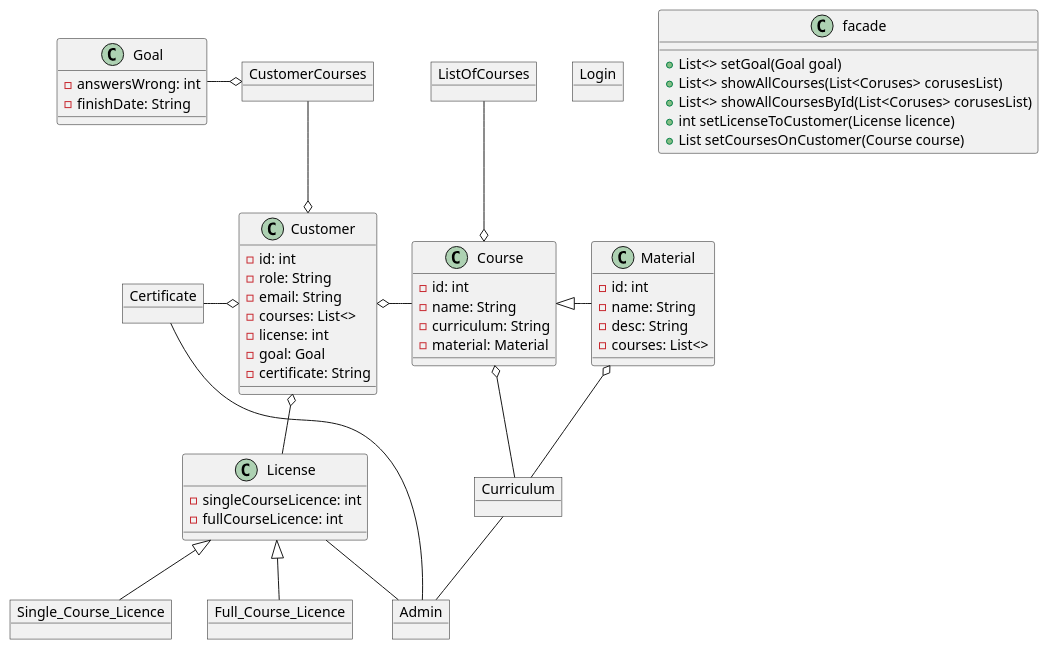
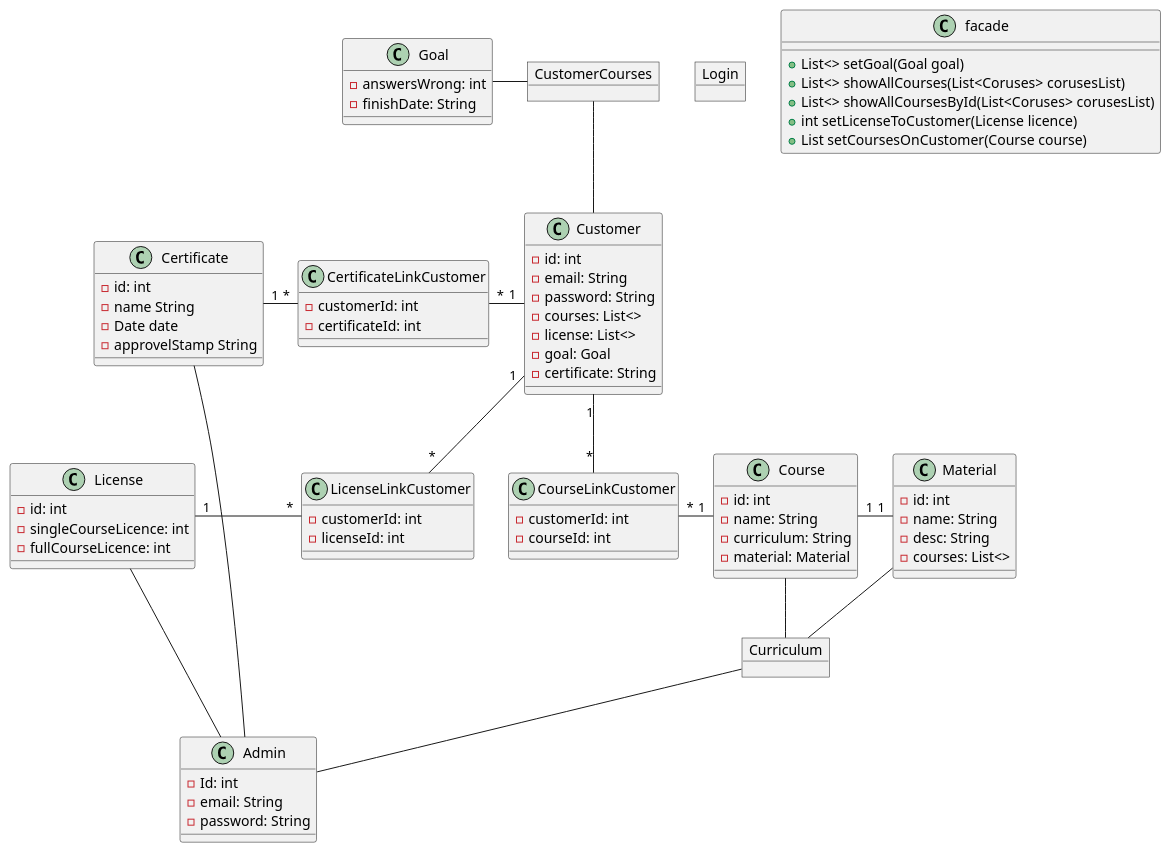
The diagram in src/Class.puml (Rene061089/PlatumlDomeaneModdelering), drawn with PlantUML before and after one commit.

Commit message:
progress

```diff
--- a/src/Class.puml
+++ b/src/Class.puml
@@ -1,75 +1,102 @@
 @startuml
 
 
 object Login
-object Admin
-object Single_Course_Licence
-object Full_Course_Licence
-object Certificate
 object Curriculum
-object ListOfCourses
 object CustomerCourses
 
+class Admin {
+-Id: int
+-email: String
+-password: String
+
+}
+
+class CourseLinkCustomer {
+-customerId: int
+-courseId: int
+}
+
+class CertificateLinkCustomer {
+-customerId: int
+-certificateId: int
+}
+
+
+class LicenseLinkCustomer {
+-customerId: int
+-licenseId: int
+}
+
+class Certificate{
+-id: int
+-name String
+-Date date
+- approvelStamp String
+}
+
 class License{
+- id: int
 -singleCourseLicence: int
 -fullCourseLicence: int
 }
 
 class Material{
 -id: int
 -name: String
 -desc: String
 -courses: List<>
 }
 
 class Course{
 -id: int
 -name: String
 -curriculum: String
 -material: Material
 }
 
 class Goal{
 -answersWrong: int
 -finishDate: String
 }
 
 class Customer{
 -id: int
--role: String
 -email: String
+-password: String
 -courses: List<>
--license: int
+-license: List<>
 -goal: Goal
 -certificate: String
 }
 
 class facade{
 + List<> setGoal(Goal goal)
 + List<> showAllCourses(List<Coruses> corusesList)
 + List<> showAllCoursesById(List<Coruses> corusesList)
 + int setLicenseToCustomer(License licence)
 + List setCoursesOnCustomer(Course course)
 }
 
 
-CustomerCourses -down-o Customer
-CustomerCourses o-left- Goal
-ListOfCourses -down-o Course
-Customer o-down- License
-Customer o-left- Certificate
-Course -left-o Customer
+CustomerCourses -down- Customer
+CustomerCourses -left- Goal
+Customer "1" -- "*" LicenseLinkCustomer
+License "1" - "*" LicenseLinkCustomer
+Customer "1" -left- "*" CertificateLinkCustomer
+CertificateLinkCustomer "*" -left- "1" Certificate
+Course "1" -left- "*" CourseLinkCustomer
+Customer "1" -- "*" CourseLinkCustomer
 
 
-License <|-down- Single_Course_Licence
-License <|-down-  Full_Course_Licence
 
-Course <|-right- Material
+
+Course "1" -right- "1" Material
 
 License -right- Admin
 Certificate -right- Admin
 Curriculum -down- Admin
-Material o-down- Curriculum
-Course o-down- Curriculum
+Material -down- Curriculum
+Course  -down-  Curriculum
 
 @enduml
```
